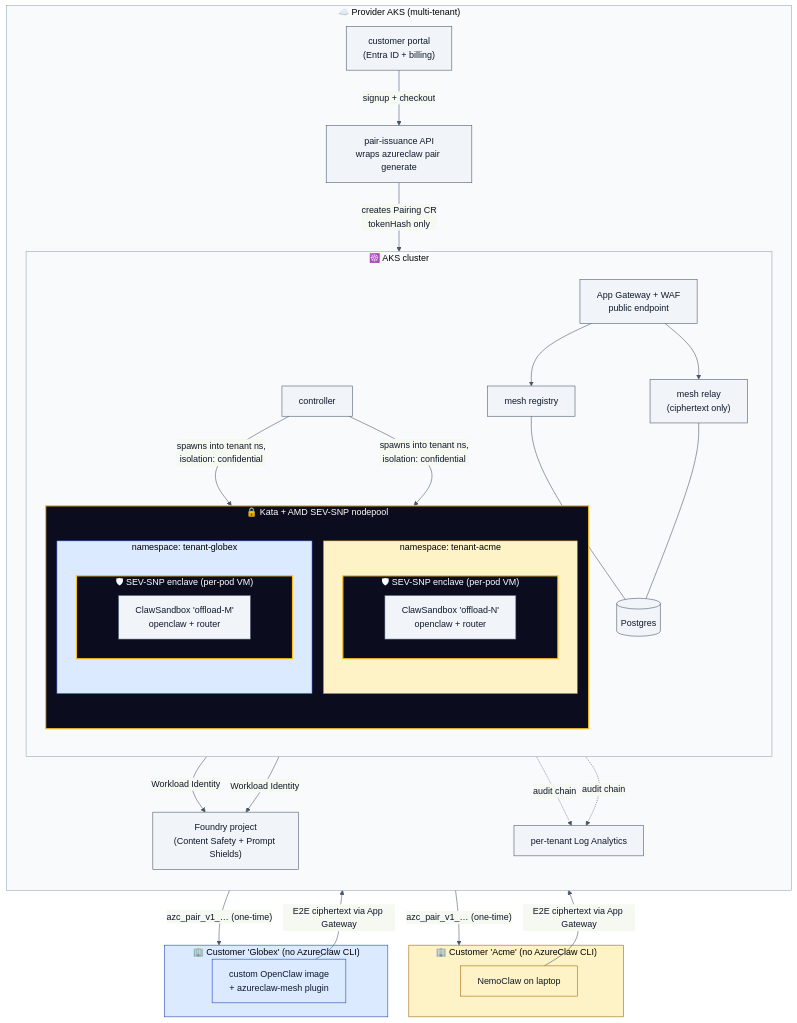
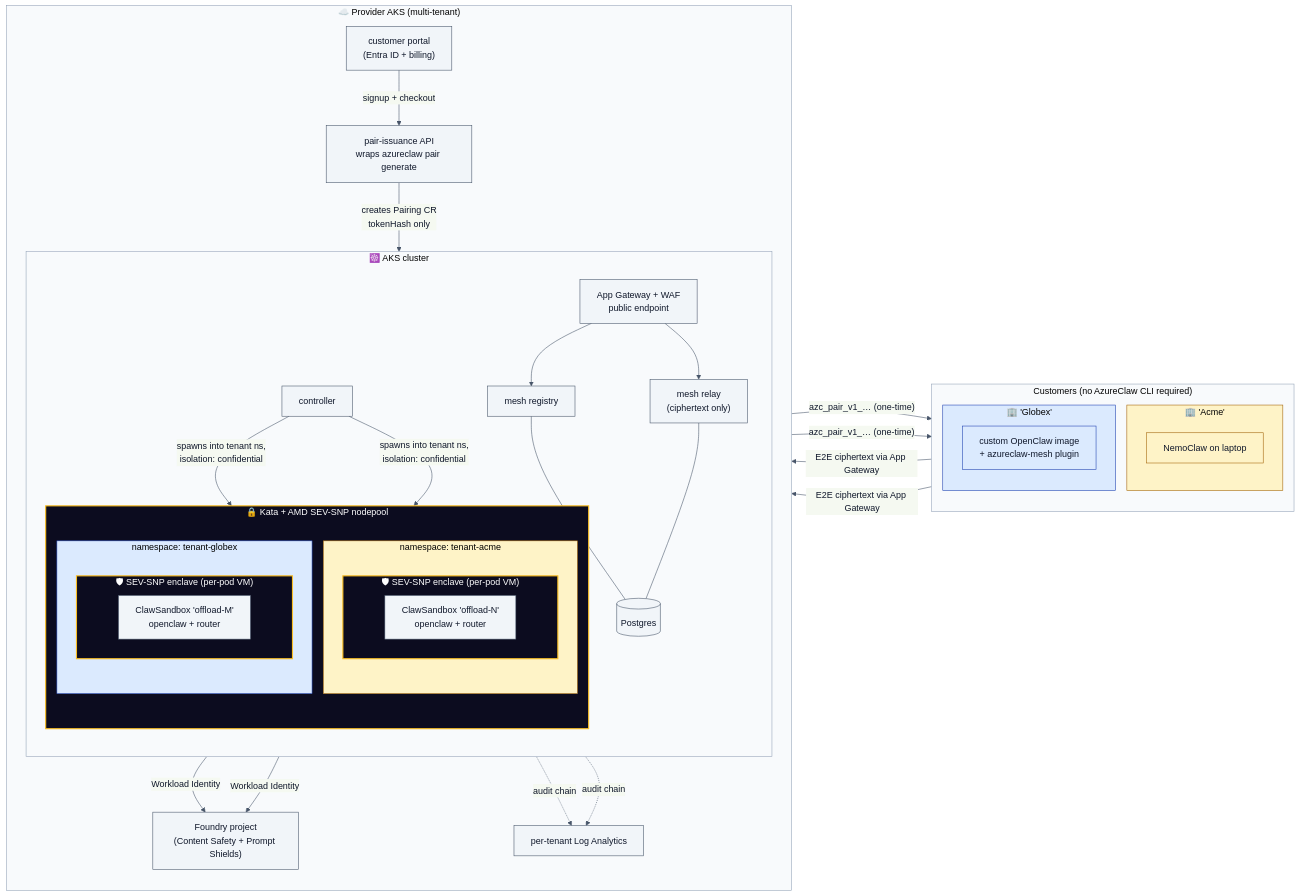
The first of 4 diagrams in docs/blueprints/03-managed-public-offload.md (Azure/kars), drawn with Mermaid before and after one commit. The commit also changed other lines of this file, not shown here.

First line of the commit message:
docs(blueprint-03): fix diagram alignment

````diff
--- a/docs/blueprints/03-managed-public-offload.md
+++ b/docs/blueprints/03-managed-public-offload.md
@@ -30,68 +30,71 @@
 ```mermaid
 %%{init: {'theme':'base','themeVariables':{'primaryColor':'#f1f5f9','primaryBorderColor':'#475569','primaryTextColor':'#0f172a','lineColor':'#475569','clusterBkg':'#f8fafc','clusterBorder':'#94a3b8','fontFamily':'-apple-system, BlinkMacSystemFont, Segoe UI, sans-serif'}}}%%
-flowchart TB
+flowchart LR
+  subgraph Customers["Customers (no AzureClaw CLI required)"]
+    direction TB
+    subgraph Cust1["🏢 'Acme'"]
+      A1["NemoClaw on laptop"]
+    end
+    subgraph Cust2["🏢 'Globex'"]
+      G1["custom OpenClaw image<br/>+ azureclaw-mesh plugin"]
+    end
+  end
+
   subgraph Provider["☁️ Provider AKS (multi-tenant)"]
     direction TB
     Portal["customer portal<br/>(Entra ID + billing)"]
     PairAPI["pair-issuance API<br/>wraps azureclaw pair generate"]
 
     subgraph AKS["☸️ AKS cluster"]
       direction TB
       AGW["App Gateway + WAF<br/>public endpoint"]
       Reg["mesh registry"]
       Rly["mesh relay<br/>(ciphertext only)"]
       PG[("Postgres")]
       Ctrl["controller"]
 
       subgraph KataPool["🔒 Kata + AMD SEV-SNP nodepool"]
         direction TB
         subgraph T1NS["namespace: tenant-acme"]
           subgraph T1Encl["🛡 SEV-SNP enclave (per-pod VM)"]
             T1SBX["ClawSandbox 'offload-N'<br/>openclaw + router"]
           end
         end
         subgraph T2NS["namespace: tenant-globex"]
           subgraph T2Encl["🛡 SEV-SNP enclave (per-pod VM)"]
             T2SBX["ClawSandbox 'offload-M'<br/>openclaw + router"]
           end
         end
       end
     end
 
     Fnd["Foundry project<br/>(Content Safety + Prompt Shields)"]
     Mon["per-tenant Log Analytics"]
   end
 
-  subgraph Cust1["🏢 Customer 'Acme' (no AzureClaw CLI)"]
-    A1["NemoClaw on laptop"]
-  end
-  subgraph Cust2["🏢 Customer 'Globex' (no AzureClaw CLI)"]
-    G1["custom OpenClaw image<br/>+ azureclaw-mesh plugin"]
-  end
-
   Portal -->|"signup + checkout"| PairAPI
   PairAPI -->|"azc_pair_v1_… (one-time)"| Cust1
   PairAPI -->|"azc_pair_v1_… (one-time)"| Cust2
   PairAPI -->|"creates Pairing CR<br/>tokenHash only"| Ctrl
 
   A1 -->|"E2E ciphertext via App Gateway"| AGW
   G1 -->|"E2E ciphertext via App Gateway"| AGW
   AGW --> Reg
   AGW --> Rly
   Reg --- PG
   Rly --- PG
 
   Ctrl -->|"spawns into tenant ns,<br/>isolation: confidential"| T1Encl
   Ctrl -->|"spawns into tenant ns,<br/>isolation: confidential"| T2Encl
   T1Encl -->|"Workload Identity"| Fnd
   T2Encl -->|"Workload Identity"| Fnd
   T1Encl -.->|"audit chain"| Mon
   T2Encl -.->|"audit chain"| Mon
 
   classDef tenant1 fill:#fef3c7,stroke:#a16207;
   classDef tenant2 fill:#dbeafe,stroke:#1e40af;
   classDef enclave fill:#0c0c1f,stroke:#fbbf24,color:#fff,stroke-width:2px;
   class T1NS,Cust1,A1 tenant1;
   class T2NS,Cust2,G1 tenant2;
   class T1Encl,T2Encl,KataPool enclave;
 ```
````
